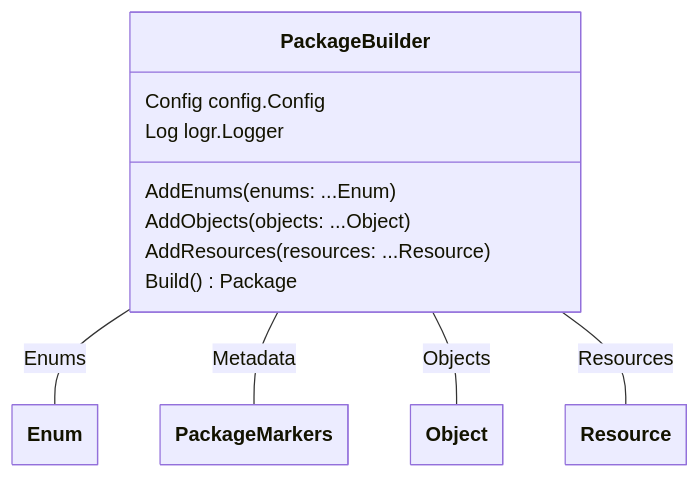
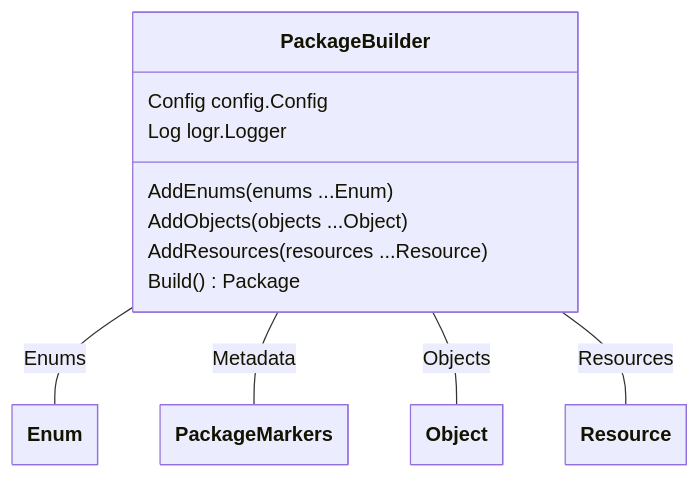
Before and after one commit to theunrepentantgeek/crddoc: the ninth of 17 diagrams in docs/model/model.md, drawn with Mermaid. The commit also changed other lines of this file, not shown here.

````diff
--- a/docs/model/model.md
+++ b/docs/model/model.md
@@ -515,31 +515,31 @@
 ```mermaid
 ---
   config:
     class:
       hideEmptyMembersBox: true
 ---
 classDiagram
 
 class PackageBuilder["PackageBuilder"]{  
       Config config.Config  
       Log logr.Logger  
-      AddEnums(enums: ...Enum)  
-      AddObjects(objects: ...Object)  
-      AddResources(resources: ...Resource)  
+      AddEnums(enums ...Enum)  
+      AddObjects(objects ...Object)  
+      AddResources(resources ...Resource)  
       Build()Package
 
 
 } 
 
 
 PackageBuilder -- Enum : Enums 
 PackageBuilder -- PackageMarkers : Metadata 
 PackageBuilder -- Object : Objects 
 PackageBuilder -- Resource : Resources 
 
 class Enum["Enum"]
 class PackageMarkers["PackageMarkers"]
 class Object["Object"]
 class Resource["Resource"]
 
 ```
````
